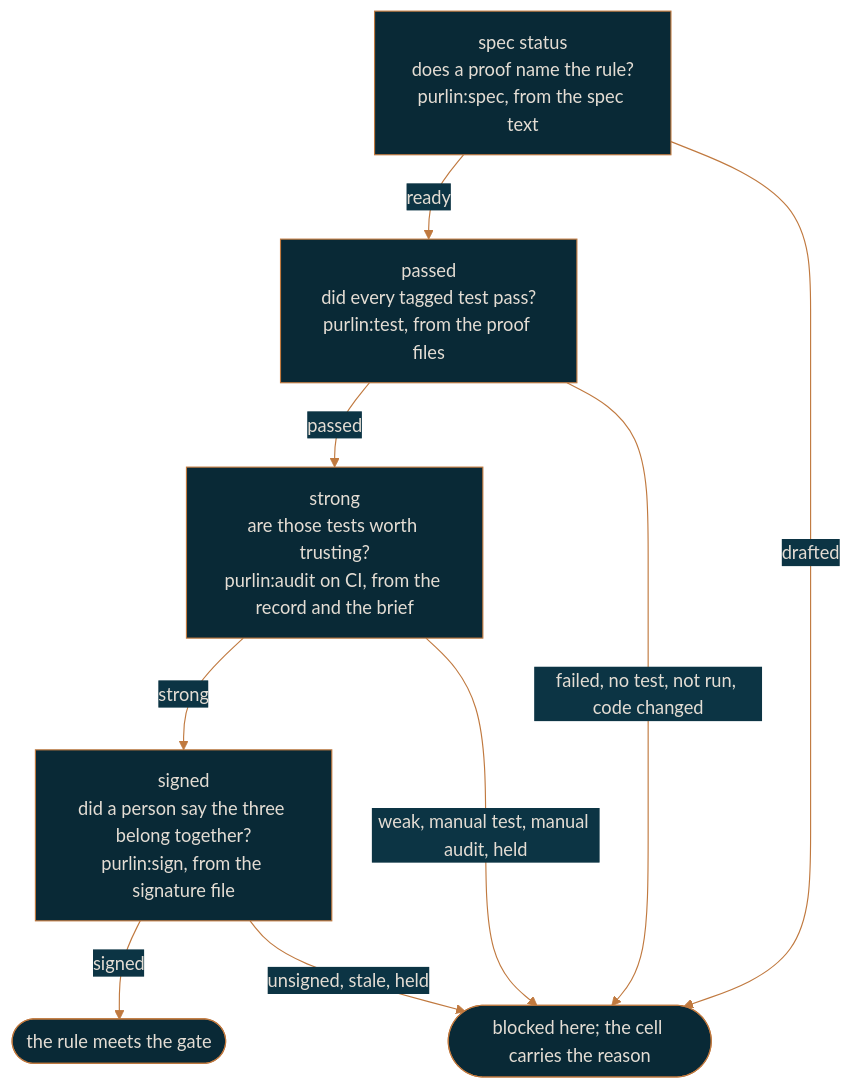
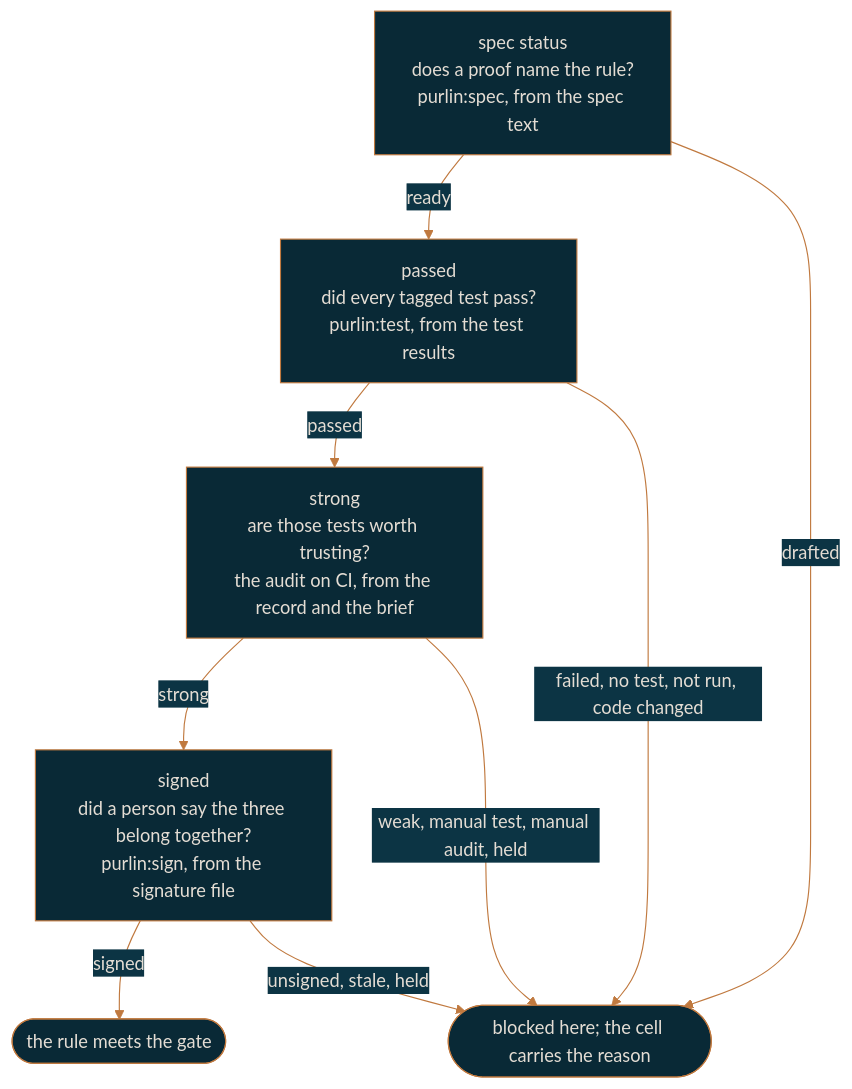
One commit to rlabarca/purlin changed the diagram in docs/how-purlin-works.md. Above: the diagram before and after it, drawn with Mermaid. The commit also changed other lines of this file and 9 other files, not shown here.

First line of the commit message:
docs: the passed workflow is spec, build, test

````diff
--- a/docs/how-purlin-works.md
+++ b/docs/how-purlin-works.md
@@ -11,19 +11,19 @@
 ```mermaid
 %%{init: {"theme": "base", "themeVariables": {"background": "#0C3444", "primaryColor": "#092936", "primaryTextColor": "#E4DDD4", "primaryBorderColor": "#C0793F", "lineColor": "#C0793F", "secondaryColor": "#0C3444", "tertiaryColor": "#092936", "fontFamily": "Arial", "textColor": "#E4DDD4"}}}%%
 flowchart TD
     Q0["spec status<br>does a proof name the rule?<br>purlin:spec, from the spec text"]
-    Q1["passed<br>did every tagged test pass?<br>purlin:test, from the proof files"]
-    Q2["strong<br>are those tests worth trusting?<br>purlin:audit on CI, from the record and the brief"]
+    Q1["passed<br>did every tagged test pass?<br>purlin:test, from the test results"]
+    Q2["strong<br>are those tests worth trusting?<br>the audit on CI, from the record and the brief"]
     Q3["signed<br>did a person say the three belong together?<br>purlin:sign, from the signature file"]
     Met(["the rule meets the gate"])
     Stop(["blocked here; the cell carries the reason"])
 
     Q0 -->|ready| Q1
     Q1 -->|passed| Q2
     Q2 -->|strong| Q3
     Q3 -->|signed| Met
     Q0 -->|drafted| Stop
     Q1 -->|"failed, no test, not run, code changed"| Stop
     Q2 -->|"weak, manual test, manual audit, held"| Stop
     Q3 -->|"unsigned, stale, held"| Stop
 ```
````
